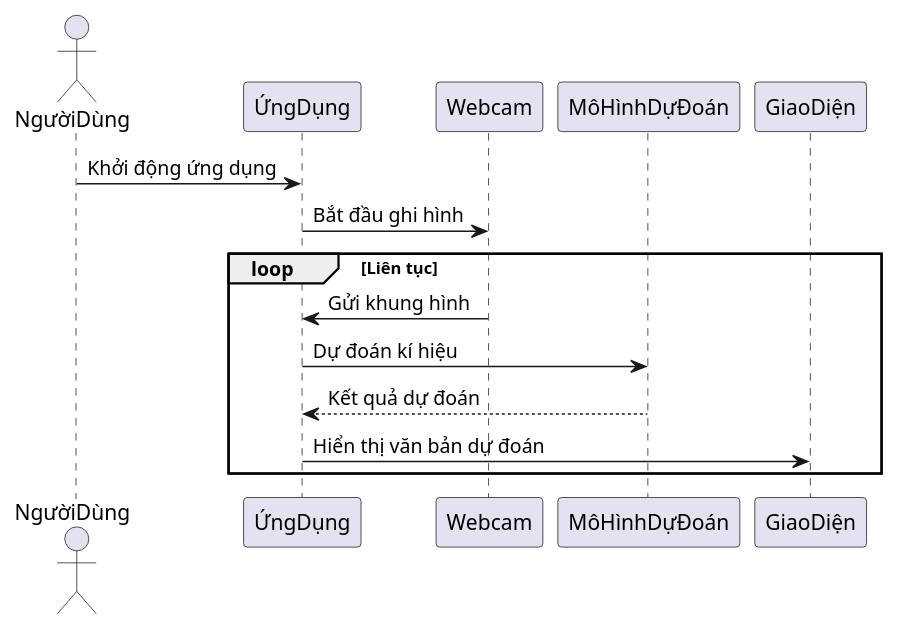
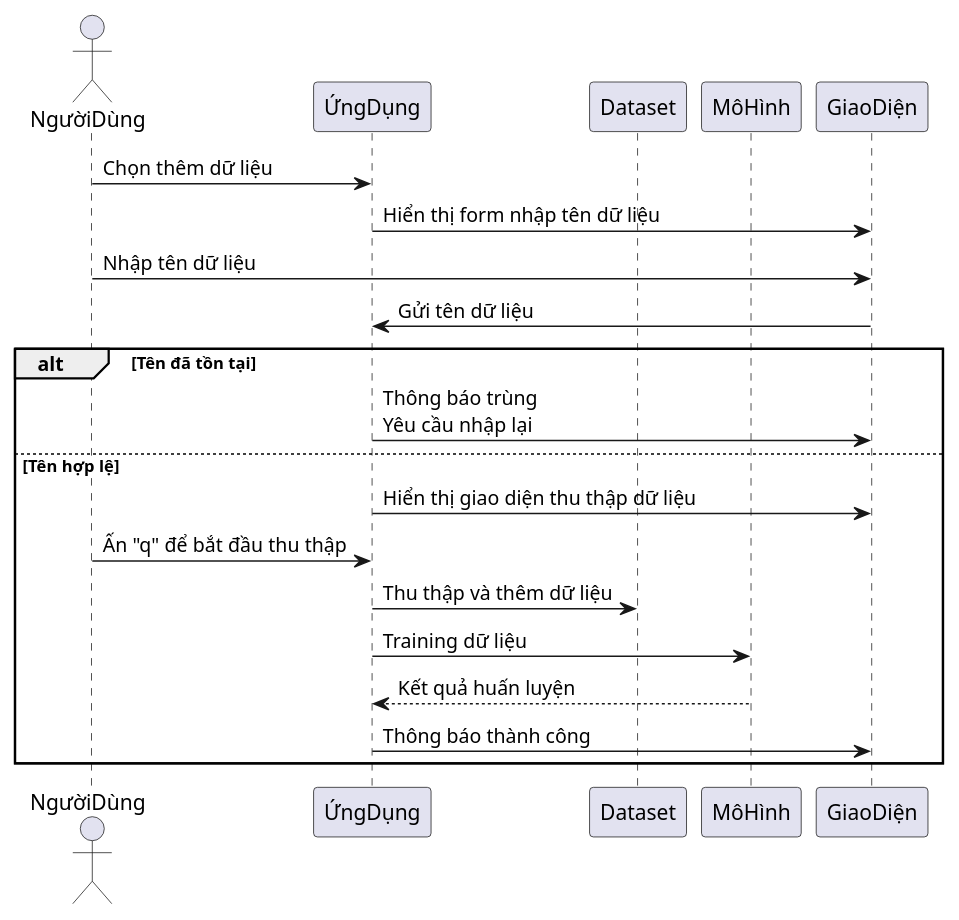
Before and after one commit to nhan121631/doancn3: the diagram in plant_UML/uscasetq.pu, drawn with PlantUML. The commit also changed 707 other files, not shown here.

```diff
--- a/plant_UML/uscasetq.pu
+++ b/plant_UML/uscasetq.pu
@@ -1,16 +1,23 @@
 @startuml
 actor NgườiDùng
 participant ỨngDụng
-participant Webcam
-participant MôHìnhDựĐoán
+participant Dataset
+participant MôHình
 participant GiaoDiện
 
-NgườiDùng -> ỨngDụng : Khởi động ứng dụng
-ỨngDụng -> Webcam : Bắt đầu ghi hình
-loop Liên tục
-    Webcam -> ỨngDụng : Gửi khung hình
-    ỨngDụng -> MôHìnhDựĐoán : Dự đoán kí hiệu
-    MôHìnhDựĐoán --> ỨngDụng : Kết quả dự đoán
-    ỨngDụng -> GiaoDiện : Hiển thị văn bản dự đoán
+NgườiDùng -> ỨngDụng : Chọn thêm dữ liệu
+ỨngDụng -> GiaoDiện : Hiển thị form nhập tên dữ liệu
+NgườiDùng -> GiaoDiện : Nhập tên dữ liệu
+GiaoDiện -> ỨngDụng : Gửi tên dữ liệu
+
+alt Tên đã tồn tại
+    ỨngDụng -> GiaoDiện : Thông báo trùng\nYêu cầu nhập lại
+else Tên hợp lệ
+    ỨngDụng -> GiaoDiện : Hiển thị giao diện thu thập dữ liệu
+    NgườiDùng -> ỨngDụng : Ấn "q" để bắt đầu thu thập
+    ỨngDụng -> Dataset : Thu thập và thêm dữ liệu
+    ỨngDụng -> MôHình : Training dữ liệu
+    MôHình --> ỨngDụng : Kết quả huấn luyện
+    ỨngDụng -> GiaoDiện : Thông báo thành công
 end
 @enduml
```
